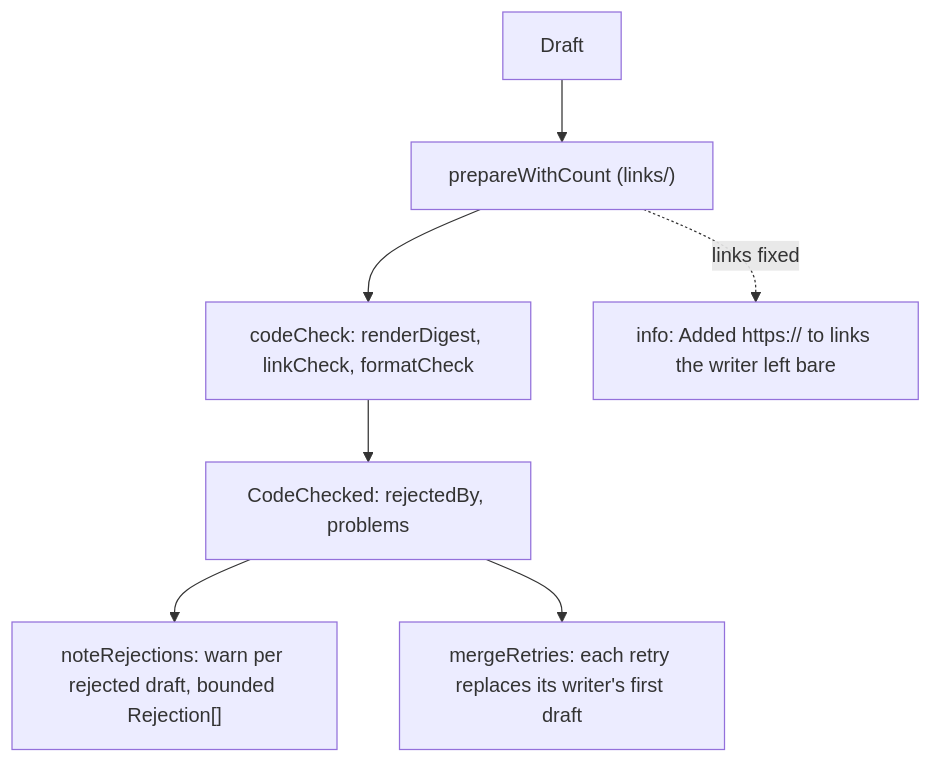
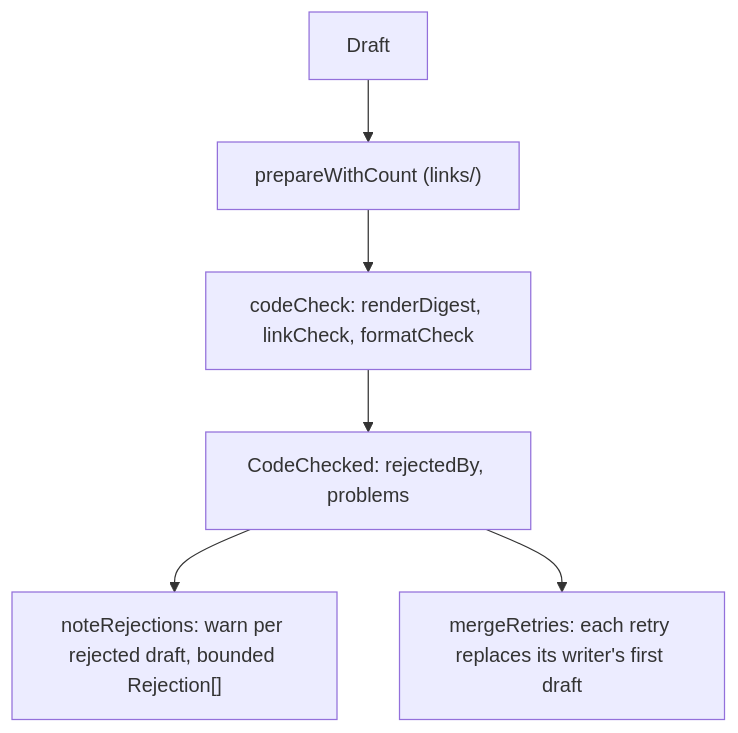
The diagram in src/write/checkedStep/CLAUDE.md (odere-pro/weekly-engineering-digest-agent), drawn with Mermaid before and after one commit. The commit also changed other lines of this file and 119 other files, not shown here.

````diff
--- a/src/write/checkedStep/CLAUDE.md
+++ b/src/write/checkedStep/CLAUDE.md
@@ -9,9 +9,8 @@
 ```mermaid
 flowchart TD
   draft[Draft] --> prep["prepareWithCount (links/)"]
   prep --> code["codeCheck: renderDigest, linkCheck, formatCheck"]
-  prep -.->|"links fixed"| info["info: Added https:// to links the writer left bare"]
   code --> cc["CodeChecked: rejectedBy, problems"]
   cc --> note["noteRejections: warn per rejected draft, bounded Rejection[]"]
   cc --> merge["mergeRetries: each retry replaces its writer's first draft"]
 ```
````
